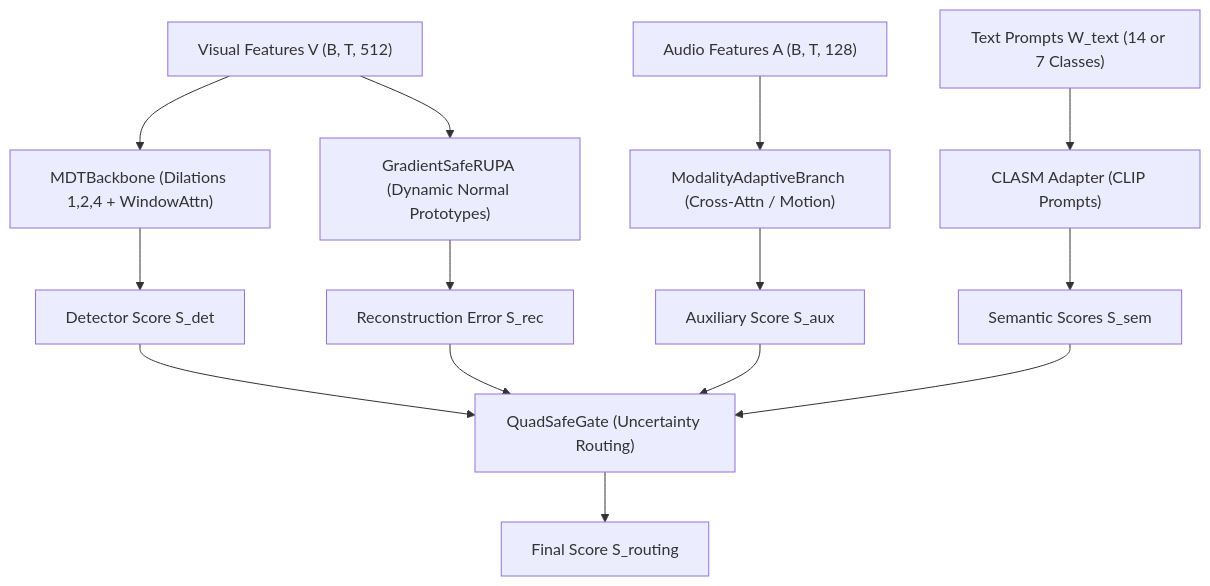
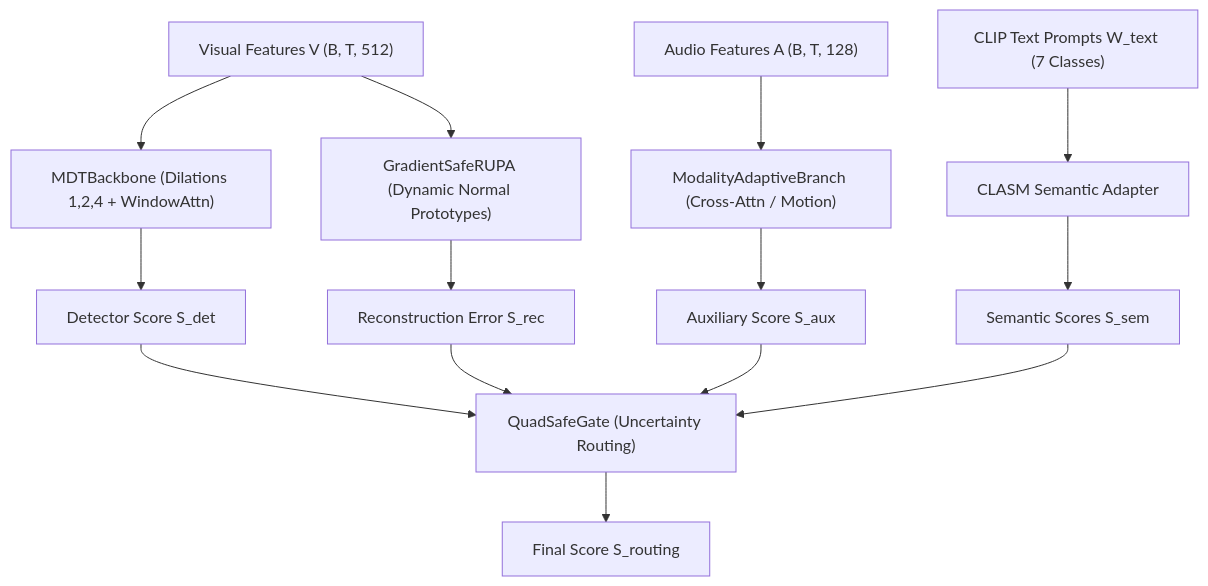
Before and after one commit to Sharvuz/MA-RUPA: the diagram in HARDCORE_RESEARCH_SPEC.md, drawn with Mermaid. The commit also changed other lines of this file, not shown here.

````diff
--- a/HARDCORE_RESEARCH_SPEC.md
+++ b/HARDCORE_RESEARCH_SPEC.md
@@ -41,19 +102,19 @@
 ```mermaid
 flowchart TD
     V["Visual Features V (B, T, 512)"] --> MDT["MDTBackbone (Dilations 1,2,4 + WindowAttn)"]
     A["Audio Features A (B, T, 128)"] --> MAB["ModalityAdaptiveBranch (Cross-Attn / Motion)"]
     V --> RUPA["GradientSafeRUPA (Dynamic Normal Prototypes)"]
-    TXT["Text Prompts W_text (14 or 7 Classes)"] --> CLASM["CLASM Adapter (CLIP Prompts)"]
+    TXT["CLIP Text Prompts W_text (7 Classes)"] --> CLASM["CLASM Semantic Adapter"]
     
     MDT --> S_det["Detector Score S_det"]
     MAB --> S_aux["Auxiliary Score S_aux"]
     RUPA --> S_rec["Reconstruction Error S_rec"]
     CLASM --> S_sem["Semantic Scores S_sem"]
     
     S_det --> SafeGate["QuadSafeGate (Uncertainty Routing)"]
     S_aux --> SafeGate
     S_rec --> SafeGate
     S_sem --> SafeGate
     
     SafeGate --> S_routing["Final Score S_routing"]
 ```
````
